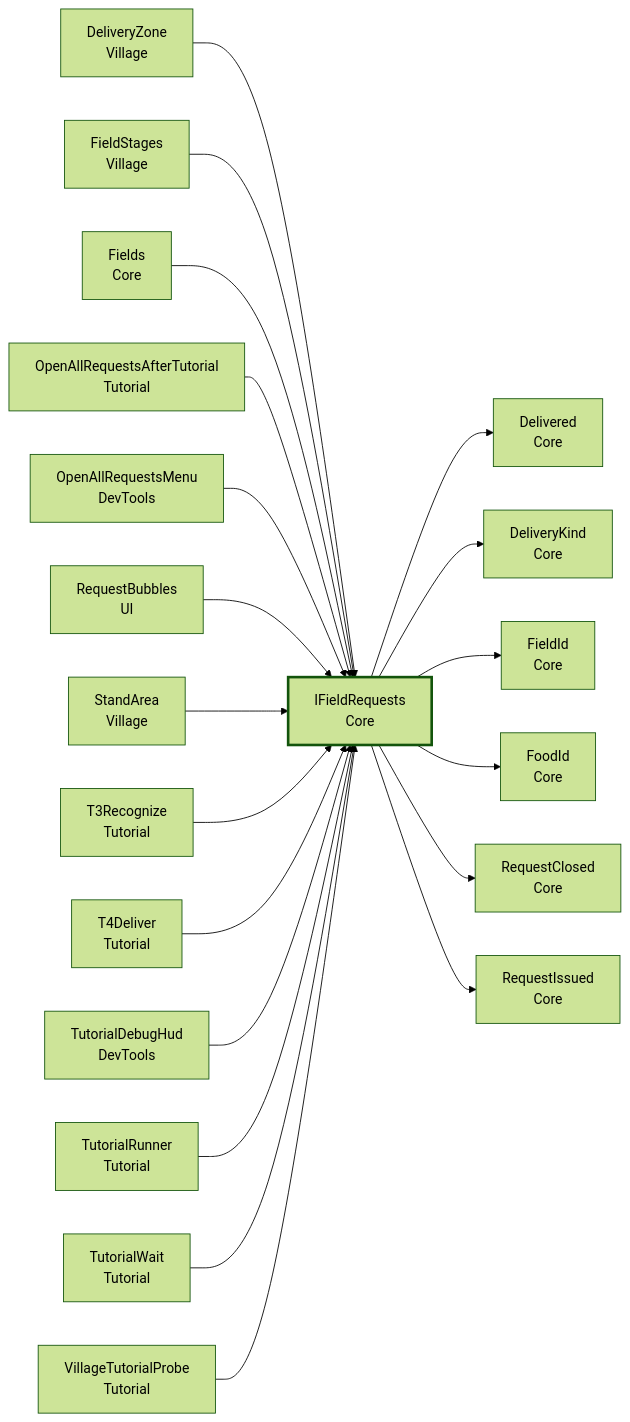
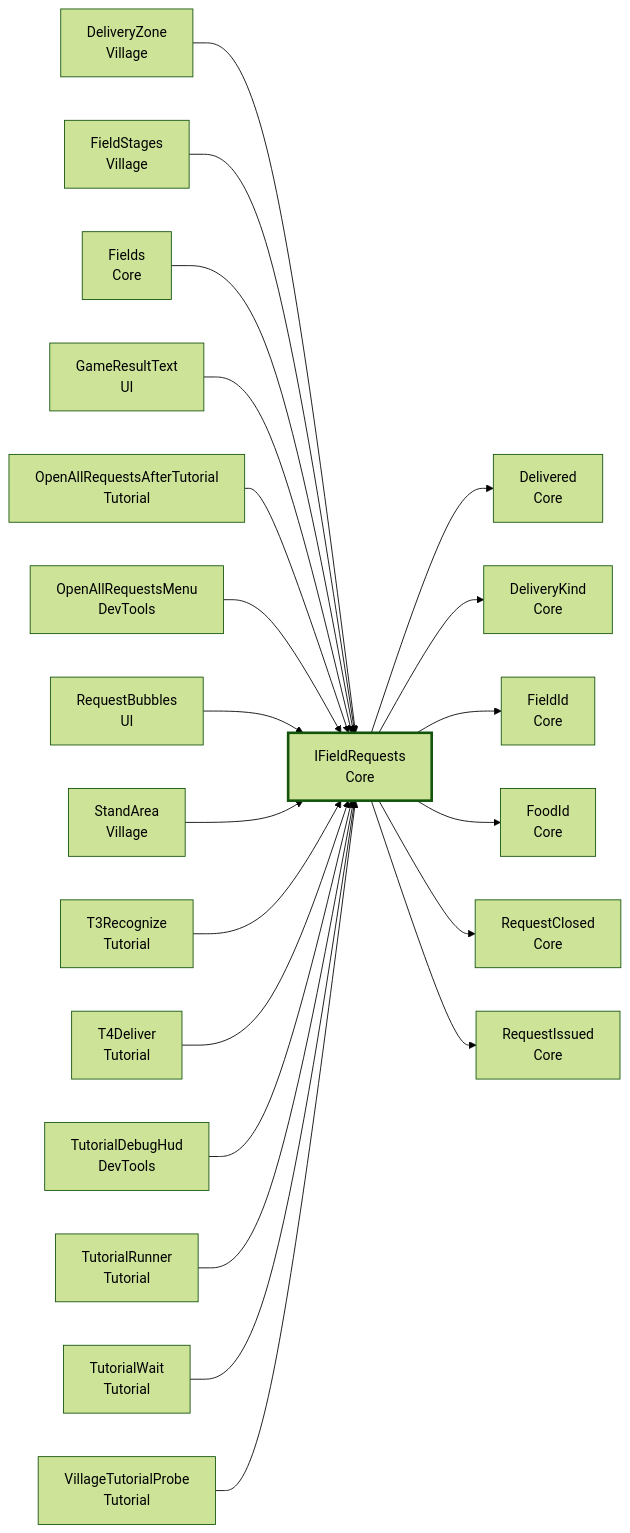
Before and after one commit to Fialuxe/MouthOfGod_System: diagram 13 of 23 in docs/api/Core.md, drawn with Mermaid (forest theme). The commit also changed other lines of this file and 7 other files, not shown here.

First line of the commit message:
時間切れのあとに届けた数を正面に出す GameResultText を足す（#355）

````diff
--- a/docs/api/Core.md
+++ b/docs/api/Core.md
@@ -684,24 +686,25 @@
 ```mermaid
 flowchart LR
   C_IFieldRequests["IFieldRequests<br/>Core"]:::me
   U_DeliveryZone["DeliveryZone<br/>Village"] --> C_IFieldRequests
   U_FieldStages["FieldStages<br/>Village"] --> C_IFieldRequests
   U_Fields["Fields<br/>Core"] --> C_IFieldRequests
+  U_GameResultText["GameResultText<br/>UI"] --> C_IFieldRequests
   U_OpenAllRequestsAfterTutorial["OpenAllRequestsAfterTutorial<br/>Tutorial"] --> C_IFieldRequests
   U_OpenAllRequestsMenu["OpenAllRequestsMenu<br/>DevTools"] --> C_IFieldRequests
   U_RequestBubbles["RequestBubbles<br/>UI"] --> C_IFieldRequests
   U_StandArea["StandArea<br/>Village"] --> C_IFieldRequests
   U_T3Recognize["T3Recognize<br/>Tutorial"] --> C_IFieldRequests
   U_T4Deliver["T4Deliver<br/>Tutorial"] --> C_IFieldRequests
   U_TutorialDebugHud["TutorialDebugHud<br/>DevTools"] --> C_IFieldRequests
   U_TutorialRunner["TutorialRunner<br/>Tutorial"] --> C_IFieldRequests
   U_TutorialWait["TutorialWait<br/>Tutorial"] --> C_IFieldRequests
   U_VillageTutorialProbe["VillageTutorialProbe<br/>Tutorial"] --> C_IFieldRequests
   C_IFieldRequests --> D_Delivered["Delivered<br/>Core"]
   C_IFieldRequests --> D_DeliveryKind["DeliveryKind<br/>Core"]
   C_IFieldRequests --> D_FieldId["FieldId<br/>Core"]
   C_IFieldRequests --> D_FoodId["FoodId<br/>Core"]
   C_IFieldRequests --> D_RequestClosed["RequestClosed<br/>Core"]
   C_IFieldRequests --> D_RequestIssued["RequestIssued<br/>Core"]
   classDef me stroke-width:3px
 ```
````
